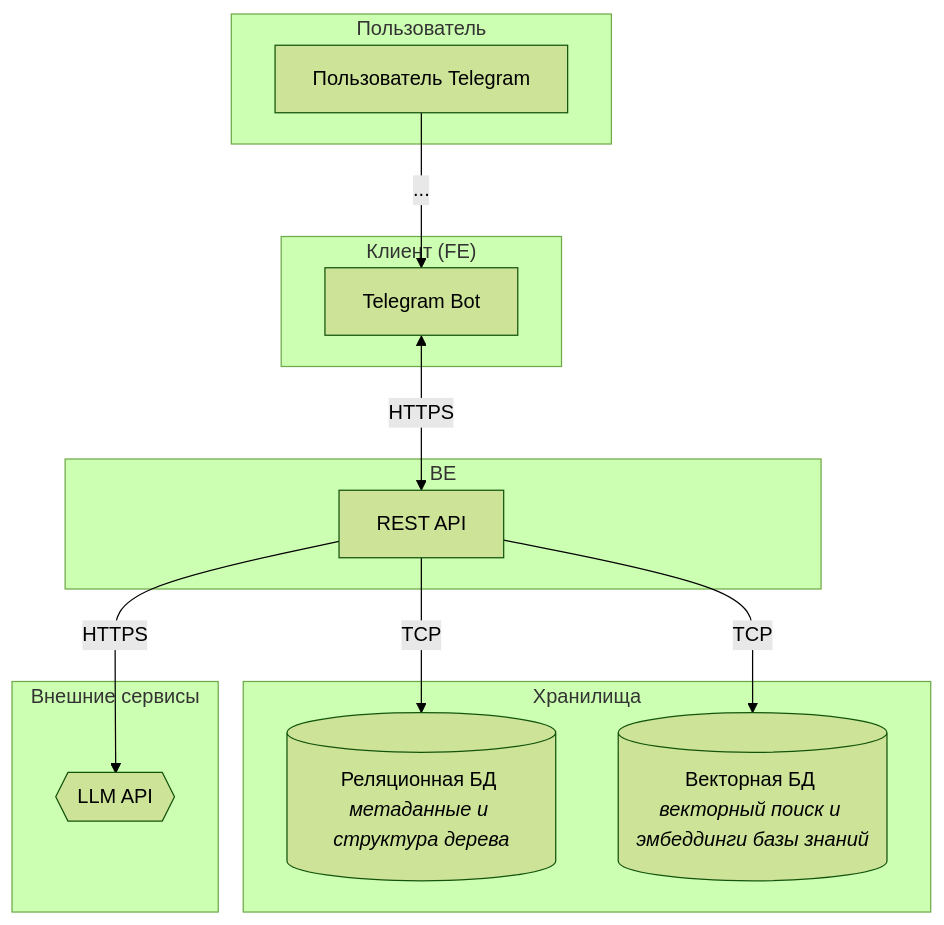
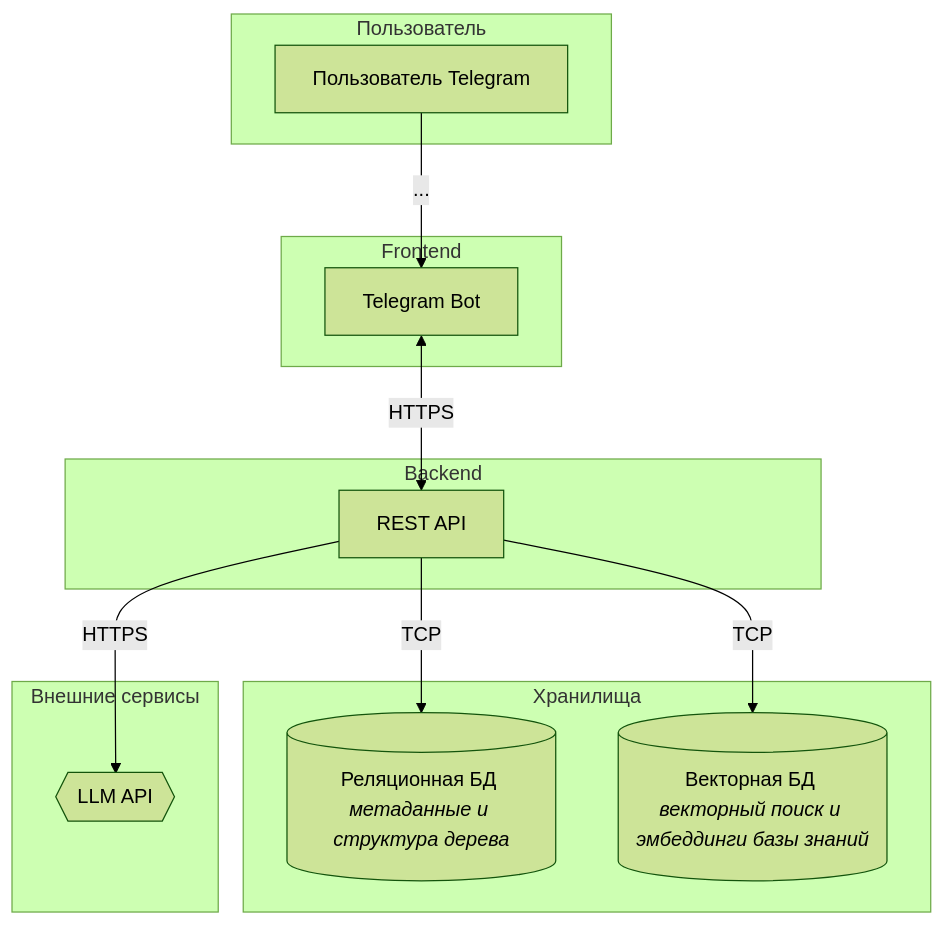
Before and after one commit to patolog123/Analyst-3.0: the diagram in Анастасия_Друзьянова/architect.MD, drawn with Mermaid (forest theme).

````diff
--- a/Анастасия_Друзьянова/architect.MD
+++ b/Анастасия_Друзьянова/architect.MD
@@ -1,30 +1,30 @@
 ```mermaid
 graph TD
     subgraph "Пользователь"
         A[Пользователь Telegram]
     end
 
-    subgraph "Клиент (FE)"
+    subgraph "Frontend"
         B[Telegram Bot]
     end
 
-    subgraph "BE"
+    subgraph "Backend"
         C[REST API]
     end
 
     subgraph "Хранилища"
         D[(Реляционная БД <br><i>метаданные и структура дерева</i>)]
         E[(Векторная БД <br><i>векторный поиск и эмбеддинги базы знаний</i>)]
     end
 
     subgraph "Внешние сервисы"
         H{{LLM API}}
     end
 
     %% Связи между компонентами
     A -- ... --> B
     B <-- HTTPS --> C
     C -- HTTPS --> H
     C -- TCP --> D
     C -- TCP --> E
 ```
````
